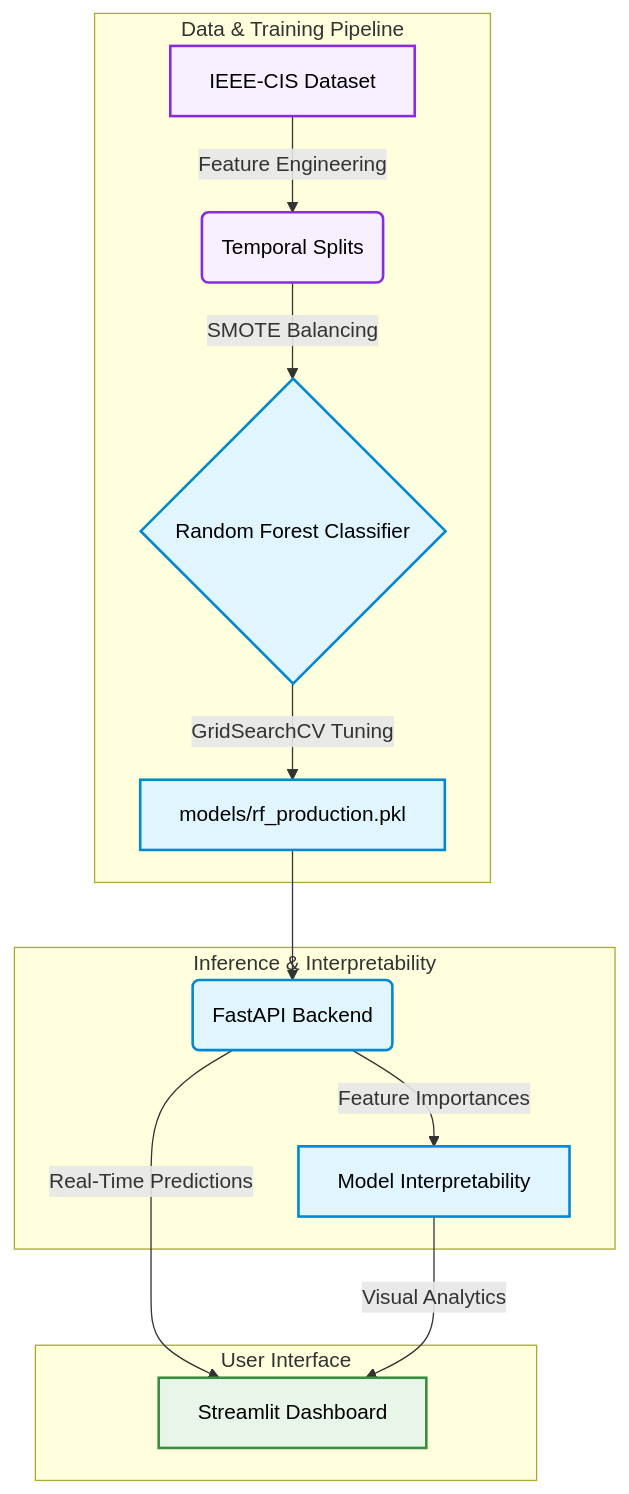
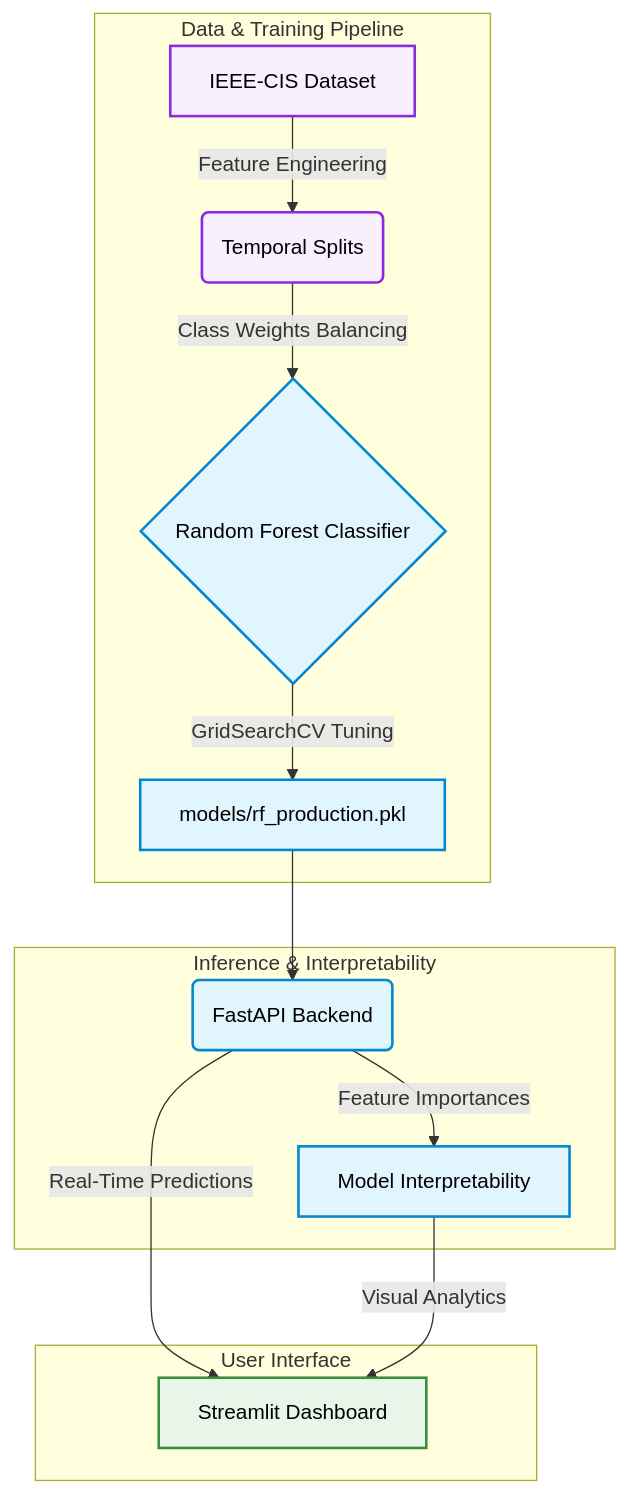
Before and after one commit to Shashank17singh/Agentic-Fraud-Sentinel: the diagram in README.md, drawn with Mermaid. The commit also changed other lines of this file and 1 other file, not shown here.

Commit message:
Remove SMOTE references

````diff
--- a/README.md
+++ b/README.md
@@ -18,26 +18,26 @@
 ```mermaid
 graph TD
     subgraph "Data & Training Pipeline"
     A[IEEE-CIS Dataset] -->|Feature Engineering| B(Temporal Splits)
-    B -->|SMOTE Balancing| C{Random Forest Classifier}
+    B -->|Class Weights Balancing| C{Random Forest Classifier}
     C -->|GridSearchCV Tuning| D[models/rf_production.pkl]
     end
     
     subgraph "Inference & Interpretability"
     D --> E(FastAPI Backend)
     E -->|Feature Importances| F[Model Interpretability]
     end
     
     subgraph "User Interface"
     E -->|Real-Time Predictions| G[Streamlit Dashboard]
     F -->|Visual Analytics| G
     end
     
     classDef data fill:#f9f0ff,stroke:#8a2be2,stroke-width:2px,color:#000;
     classDef core fill:#e1f5fe,stroke:#0288d1,stroke-width:2px,color:#000;
     classDef ui fill:#e8f5e9,stroke:#388e3c,stroke-width:2px,color:#000;
     
     class A,B data;
     class C,D,E,F core;
     class G ui;
 ```
````
